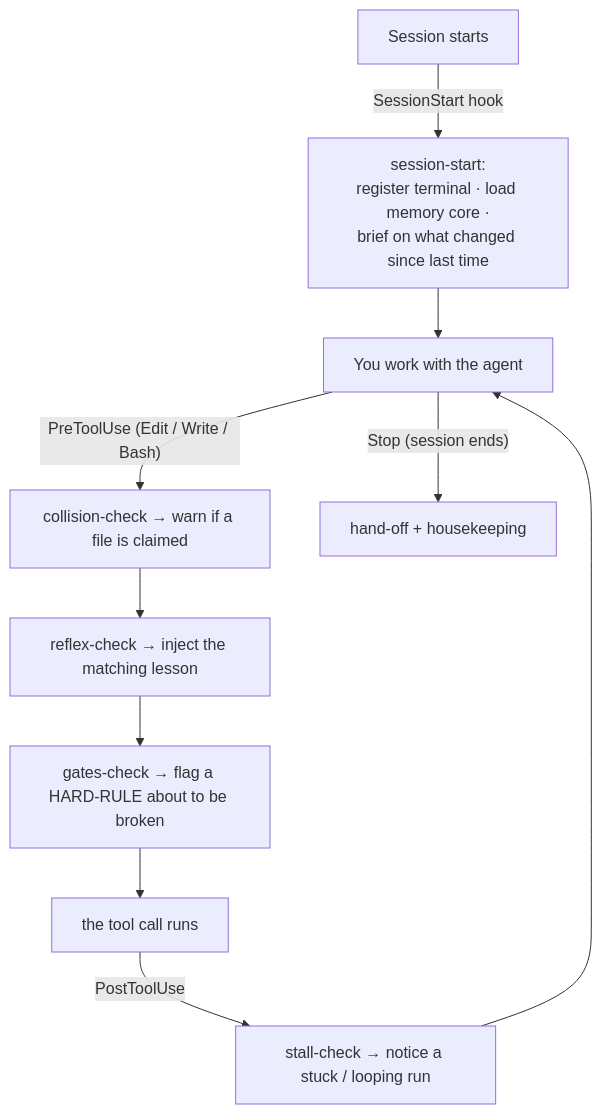
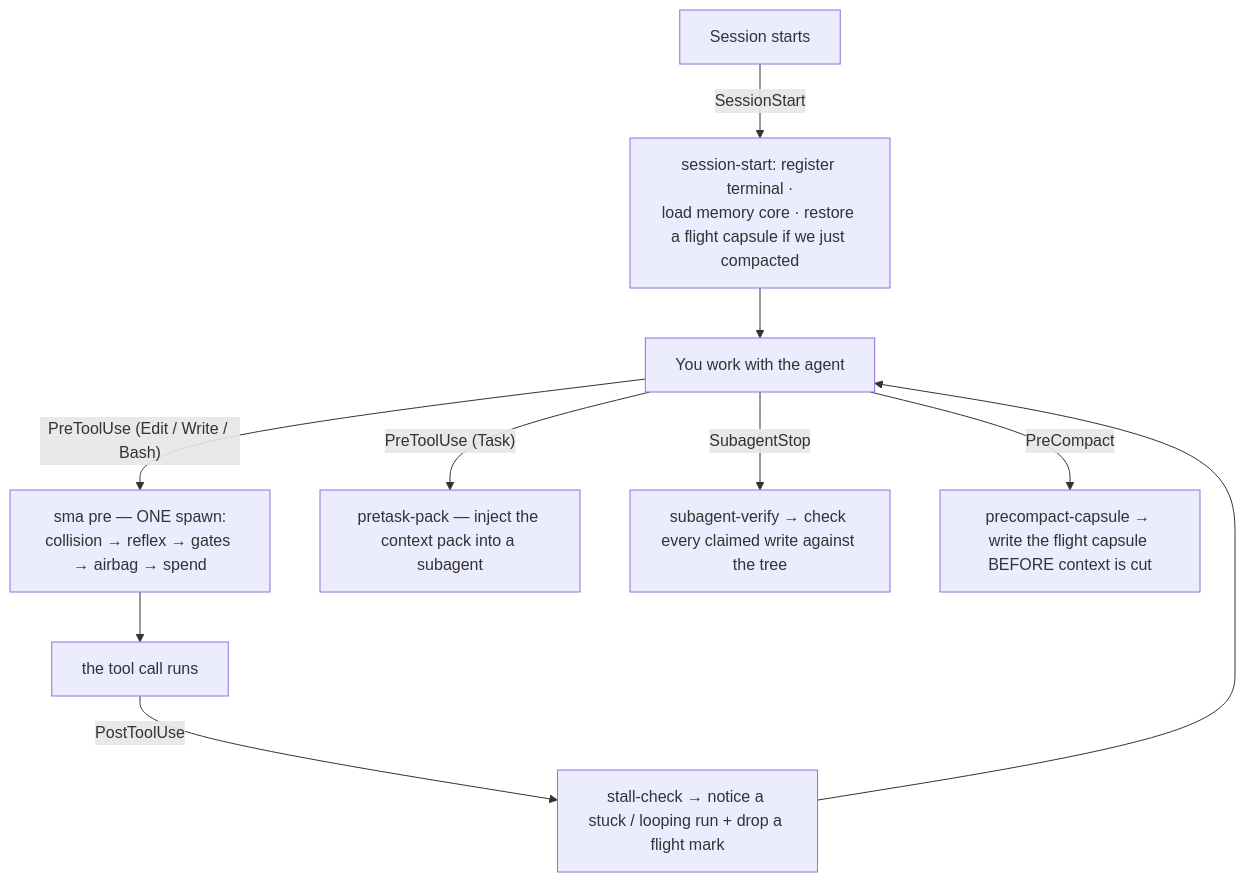
One commit to sma-framework/sma changed diagram 12 of 16 in README.md. Above: the diagram before and after it, drawn with Mermaid. The commit also changed other lines of this file and 98 other files, not shown here.

````diff
--- a/README.md
+++ b/README.md
@@ -189,12 +410,12 @@
 ```mermaid
 flowchart TD
-    S["Session starts"] -->|SessionStart hook| S1["session-start:<br>register terminal · load memory core ·<br>brief on what changed since last time"]
+    S["Session starts"] -->|SessionStart| S1["session-start: register terminal ·<br>load memory core · restore a flight capsule if we just compacted"]
     S1 --> W["You work with the agent"]
-    W -->|"PreToolUse (Edit / Write / Bash)"| P1["collision-check → warn if a file is claimed"]
-    P1 --> P2["reflex-check → inject the matching lesson"]
-    P2 --> P3["gates-check → flag a HARD-RULE about to be broken"]
-    P3 --> ACT["the tool call runs"]
-    ACT -->|PostToolUse| PO["stall-check → notice a stuck / looping run"]
+    W -->|"PreToolUse (Edit / Write / Bash)"| P1["sma pre — ONE spawn:<br>collision → reflex → gates → airbag → spend"]
+    P1 --> ACT["the tool call runs"]
+    W -->|"PreToolUse (Task)"| PT["pretask-pack — inject the context pack into a subagent"]
+    ACT -->|PostToolUse| PO["stall-check → notice a stuck / looping run + drop a flight mark"]
+    W -->|SubagentStop| SV["subagent-verify → check every claimed write against the tree"]
+    W -->|PreCompact| PC["precompact-capsule → write the flight capsule BEFORE context is cut"]
     PO --> W
-    W -->|"Stop (session ends)"| Z["hand-off + housekeeping"]
 ```
````
